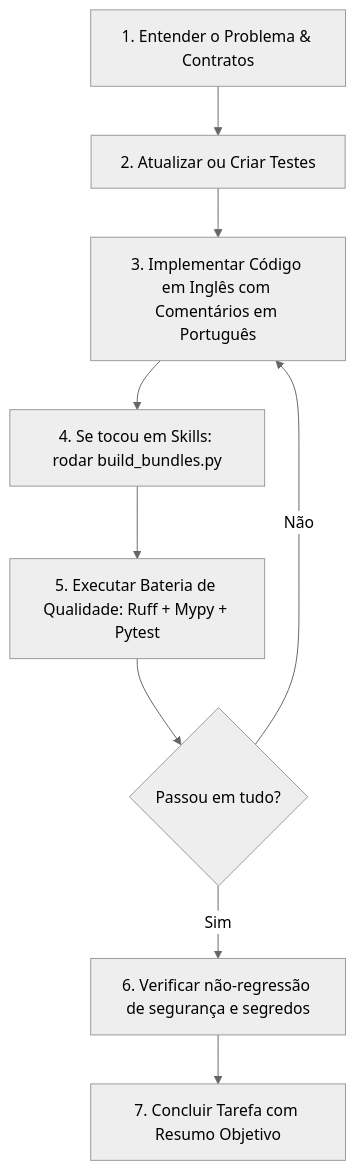
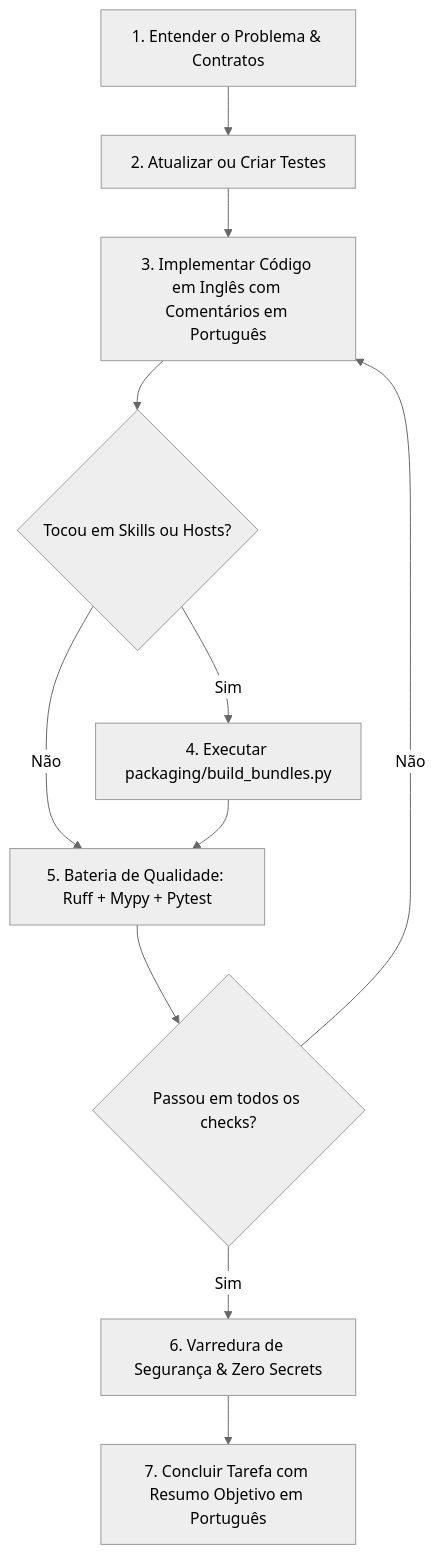
Before and after one commit to LuisCarlosLopes/ado-team-compass: the diagram in AGENTS.md, drawn with Mermaid (neutral theme). The commit also changed other lines of this file and 15 other files, not shown here.

````diff
--- a/AGENTS.md
+++ b/AGENTS.md
@@ -192,11 +291,13 @@
 ```mermaid
 flowchart TD
     A[1. Entender o Problema & Contratos] --> B[2. Atualizar ou Criar Testes]
     B --> C[3. Implementar Código em Inglês com Comentários em Português]
-    C --> D[4. Se tocou em Skills: rodar build_bundles.py]
-    D --> E[5. Executar Bateria de Qualidade: Ruff + Mypy + Pytest]
-    E --> F{Passou em tudo?}
-    F -- Não --> C
-    F -- Sim --> G[6. Verificar não-regressão de segurança e segredos]
-    G --> H[7. Concluir Tarefa com Resumo Objetivo]
+    C --> D{Tocou em Skills ou Hosts?}
+    D -- Sim --> E[4. Executar packaging/build_bundles.py]
+    D -- Não --> F[5. Bateria de Qualidade: Ruff + Mypy + Pytest]
+    E --> F
+    F --> G{Passou em todos os checks?}
+    G -- Não --> C
+    G -- Sim --> H[6. Varredura de Segurança & Zero Secrets]
+    H --> I[7. Concluir Tarefa com Resumo Objetivo em Português]
 ```
````
